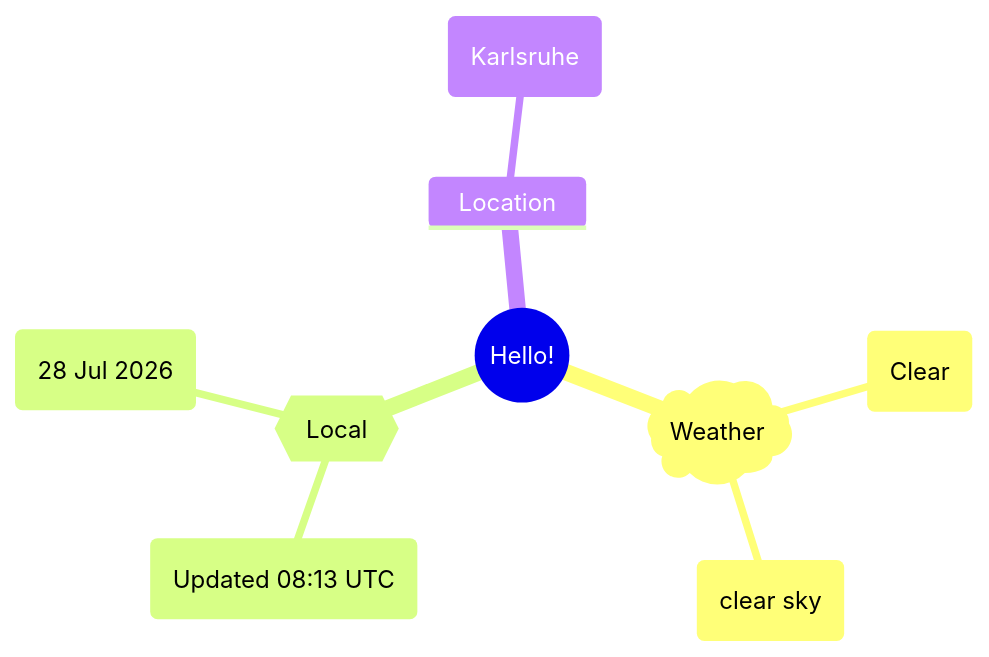
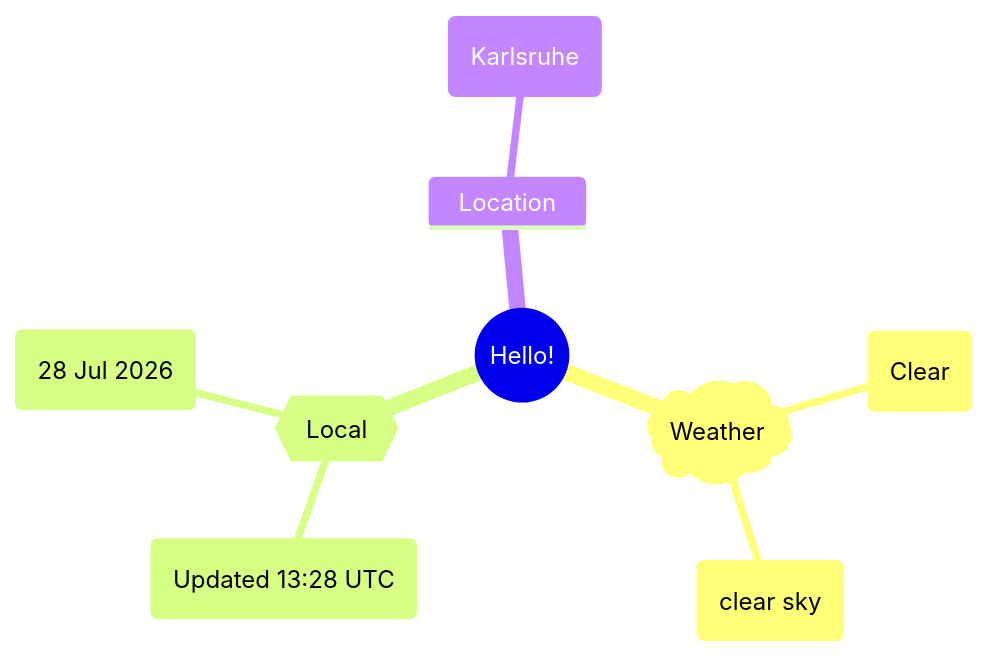
One commit to Xosrov/Xosrov changed the first of 2 diagrams in README.md. Above: the diagram before and after it, drawn with Mermaid.

Commit message:
[bot] updated images

````diff
--- a/README.md
+++ b/README.md
@@ -3,12 +3,12 @@
 ```mermaid
 mindmap
   root((Hello!))
     )Weather(
         (Clear)
         (clear sky)
     {{Local}}
-        (Updated 08:13 UTC)
+        (Updated 13:28 UTC)
         (28 Jul 2026)
     Location
         (Karlsruhe)
 ```
````
